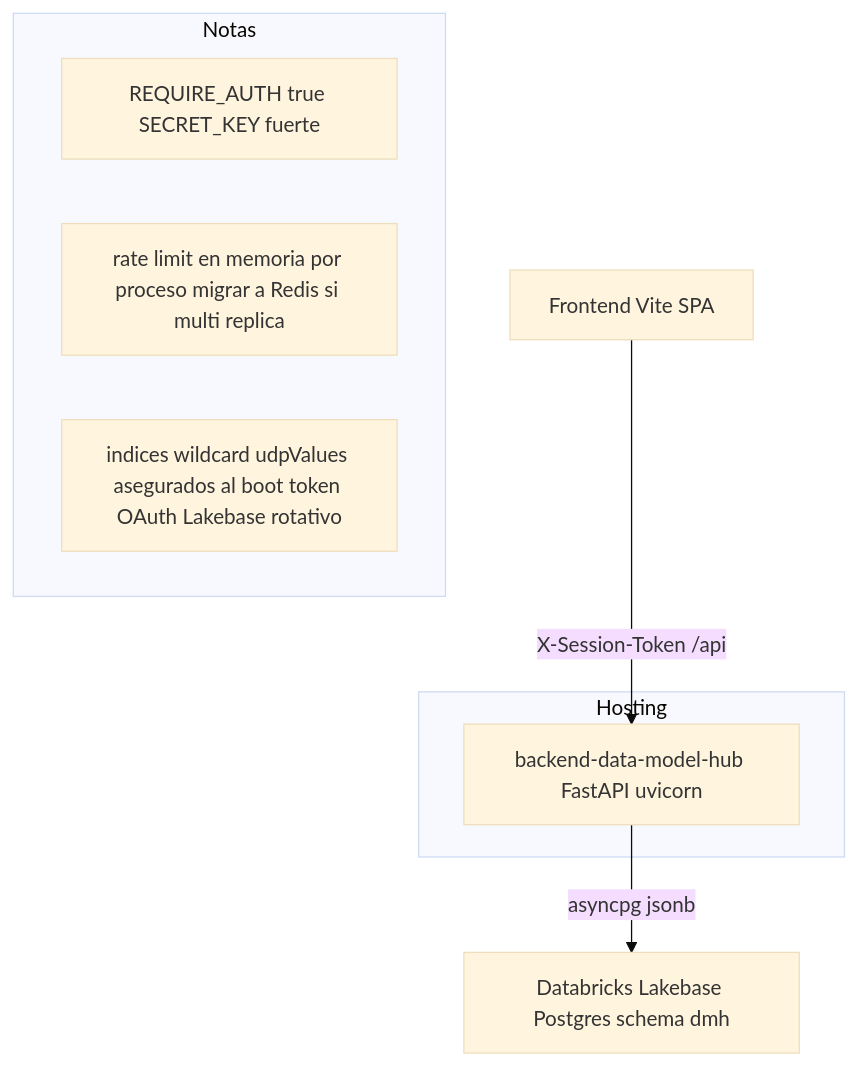
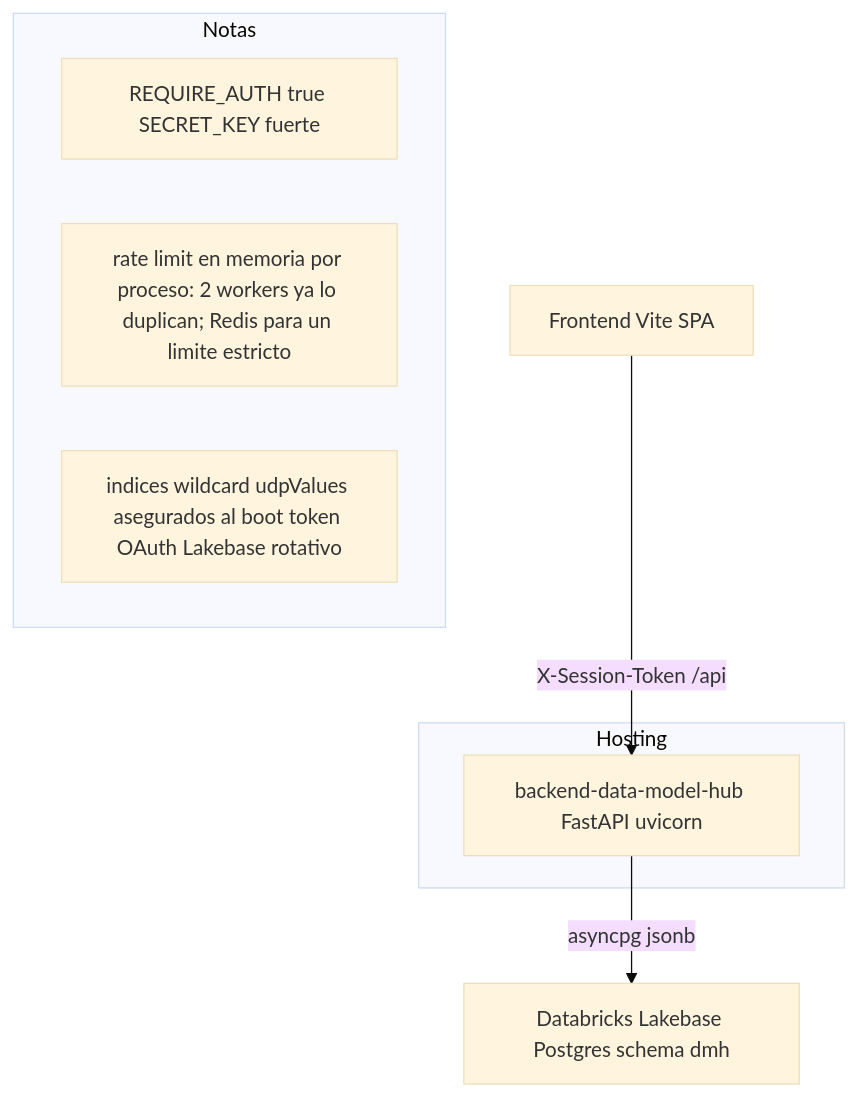
The fourth of 4 diagrams in doc/consideraciones-y-limites.md (Carlosmps97/backend-data-model-hub), drawn with Mermaid (base theme) before and after one commit. The commit also changed other lines of this file and 169 other files, not shown here.

````diff
--- a/doc/consideraciones-y-limites.md
+++ b/doc/consideraciones-y-limites.md
@@ -507,13 +578,13 @@
 ```mermaid
 flowchart TD
     FE["Frontend Vite SPA"] -->|X-Session-Token /api| BE["backend-data-model-hub FastAPI uvicorn"]
     BE -->|asyncpg jsonb| LB["Databricks Lakebase Postgres schema dmh"]
     subgraph Hosting
         BE
     end
     subgraph Notas
         N1["REQUIRE_AUTH true SECRET_KEY fuerte"]
-        N2["rate limit en memoria por proceso migrar a Redis si multi replica"]
+        N2["rate limit en memoria por proceso: 2 workers ya lo duplican; Redis para un limite estricto"]
         N3["indices wildcard udpValues asegurados al boot token OAuth Lakebase rotativo"]
     end
 ```
````
